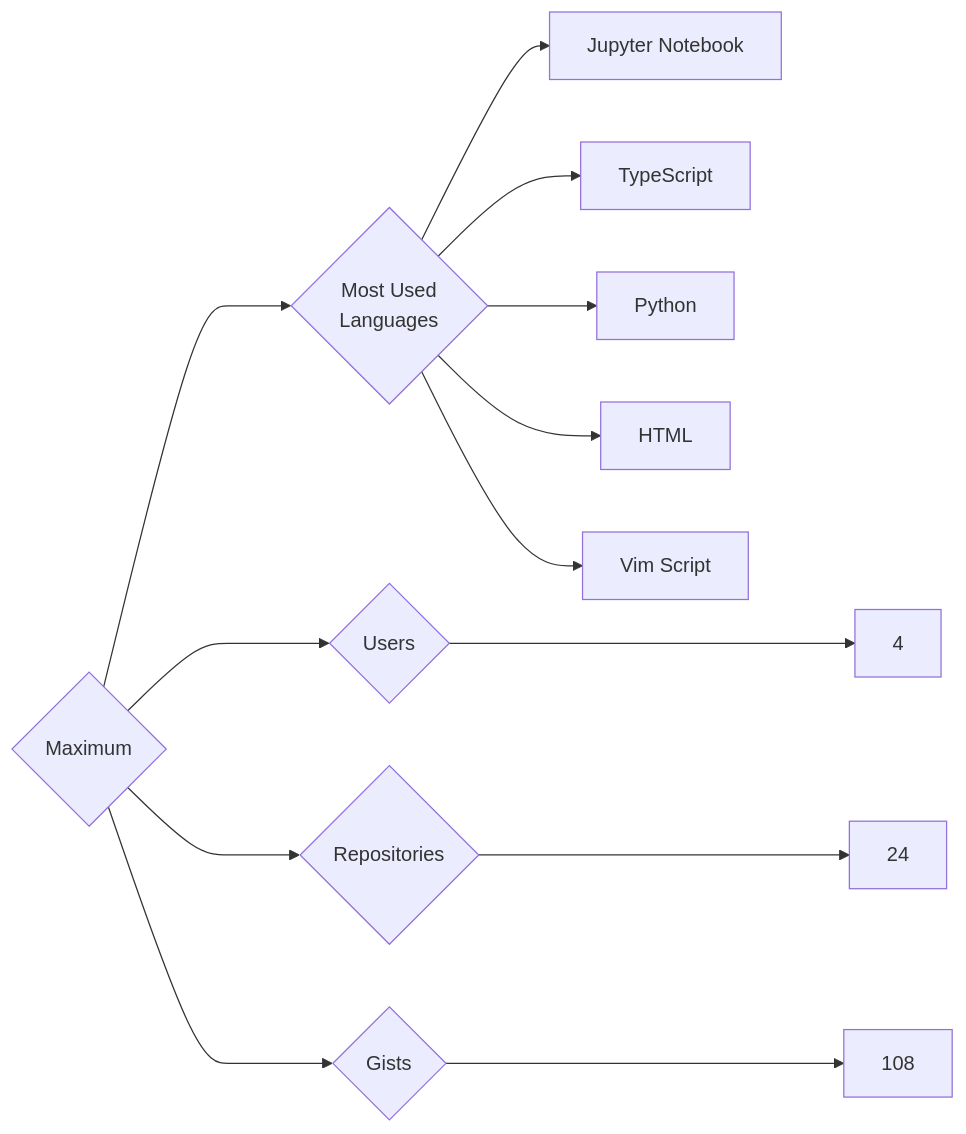
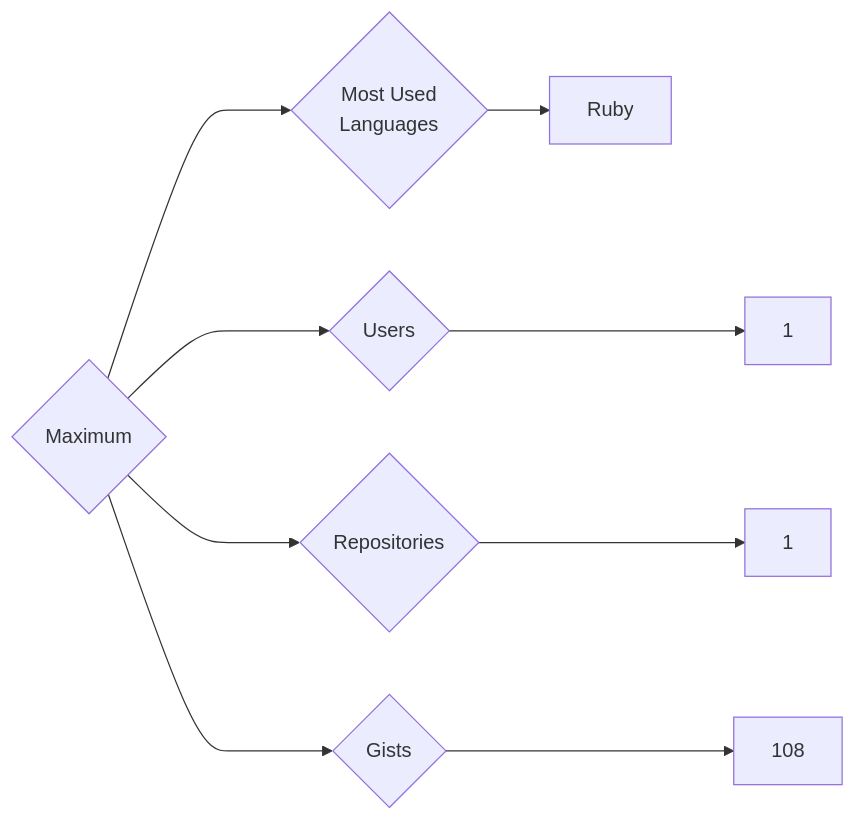
One commit to trickest/insiders changed the diagram in targets/Maximum/README.md. Above: the diagram before and after it, drawn with Mermaid. The commit also changed 1248 other files, not shown here.

````diff
--- a/targets/Maximum/README.md
+++ b/targets/Maximum/README.md
@@ -3,13 +3,9 @@
 ```mermaid
 graph LR
 COMPANY_NAME{Maximum}
-COMPANY_NAME ---> U{Users} ---> UN[4]
-COMPANY_NAME ---> R{Repositories} ---> RN[24]
+COMPANY_NAME ---> U{Users} ---> UN[1]
+COMPANY_NAME ---> R{Repositories} ---> RN[1]
 COMPANY_NAME ---> G{Gists} ---> GN[108]
 COMPANY_NAME ---> ML{Most Used<br>Languages}
-ML --> Jupyter_Notebook[Jupyter Notebook]
-ML --> TypeScript[TypeScript]
-ML --> Python[Python]
-ML --> HTML[HTML]
-ML --> Vim_Script[Vim Script]
+ML --> Ruby[Ruby]
 ```
````
